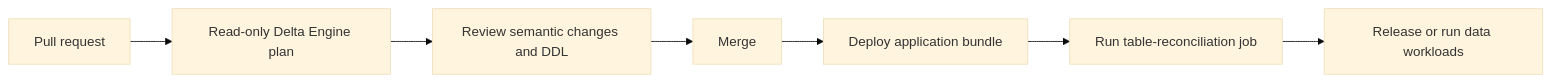
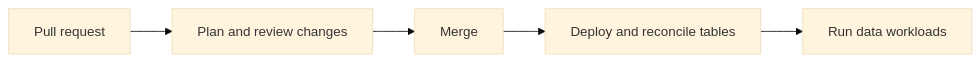
One commit to Tomoscorbin/delta-engine changed the first of 4 diagrams in docs/explanation-ways-to-use-delta-engine.md. Above: the diagram before and after it, drawn with Mermaid (base theme). The commit also changed other lines of this file, not shown here.

Commit message:
docs: simplify release usage example

````diff
--- a/docs/explanation-ways-to-use-delta-engine.md
+++ b/docs/explanation-ways-to-use-delta-engine.md
@@ -34,9 +34,7 @@
 ```mermaid
 flowchart LR
-    PR[Pull request] --> Plan[Read-only Delta Engine plan]
-    Plan --> Review[Review semantic changes and DDL]
+    PR[Pull request] --> Review[Plan and review changes]
     Review --> Merge[Merge]
-    Merge --> Deploy[Deploy application bundle]
-    Deploy --> Sync[Run table-reconciliation job]
-    Sync --> Data[Release or run data workloads]
+    Merge --> Release[Deploy and reconcile tables]
+    Release --> Data[Run data workloads]
 ```
````
